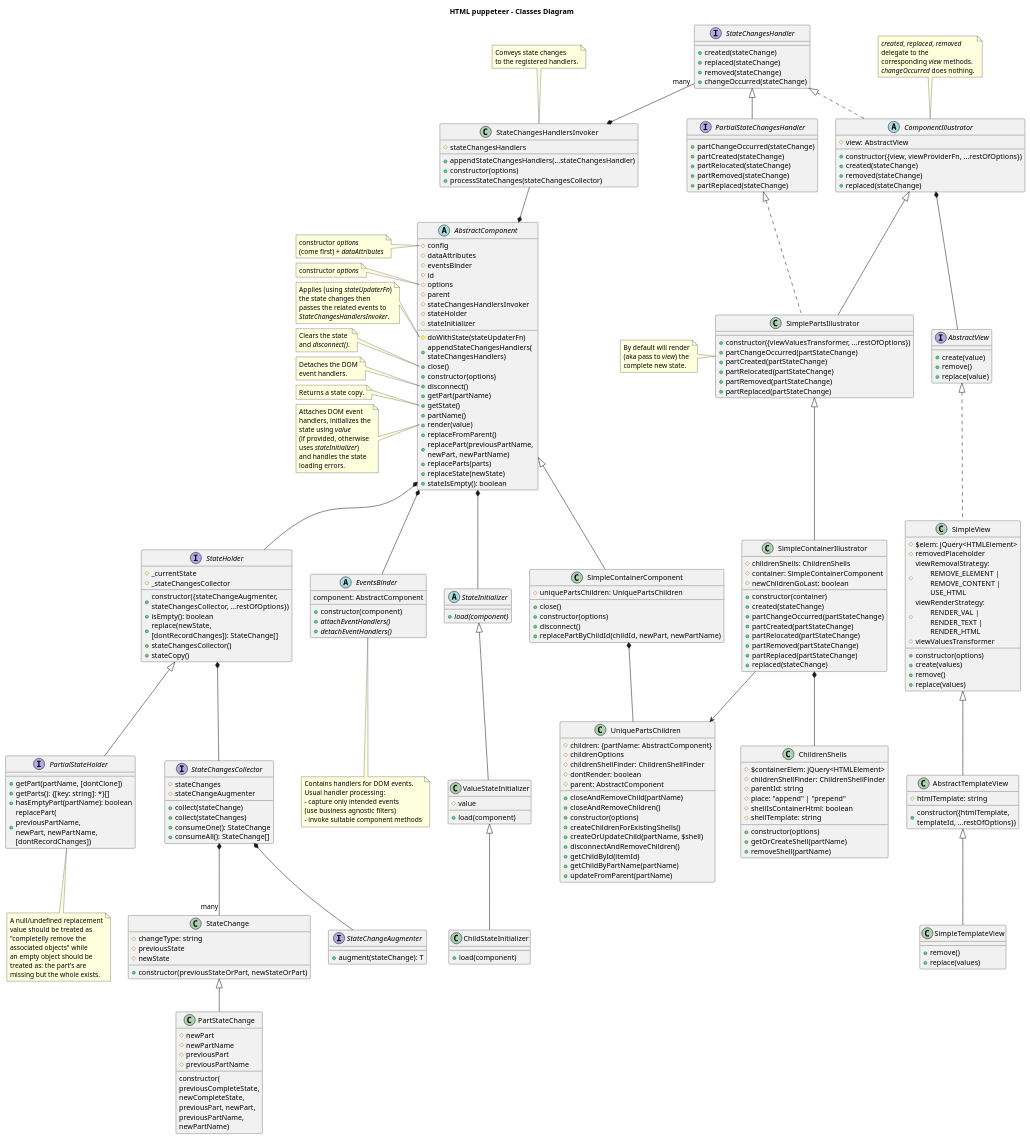
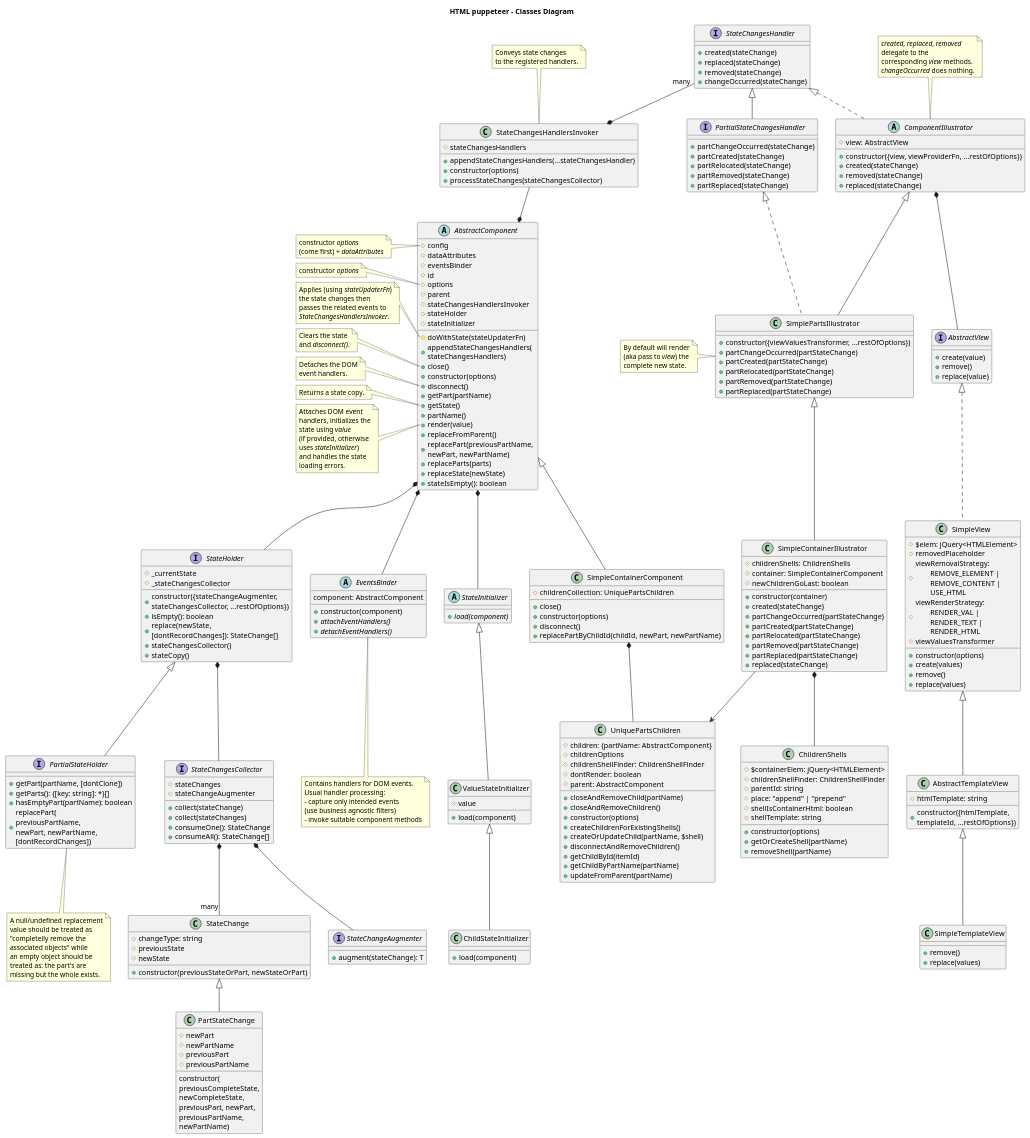
One commit to adrhc/html-puppeteer changed the diagram in design/classes-diagram-v1.puml. Above: the diagram before and after it, drawn with PlantUML. The commit also changed 13 other files, not shown here.

Commit message:
OnOffComponent with DuplicatedPartsChildren DRAFT

```diff
--- a/design/classes-diagram-v1.puml
+++ b/design/classes-diagram-v1.puml
@@ -267,7 +267,7 @@
 end note
 
 class SimpleContainerComponent extends AbstractComponent {
-#uniquePartsChildren: UniquePartsChildren
+#childrenCollection: UniquePartsChildren
 +close()
 +constructor(options)
 +disconnect()
```
